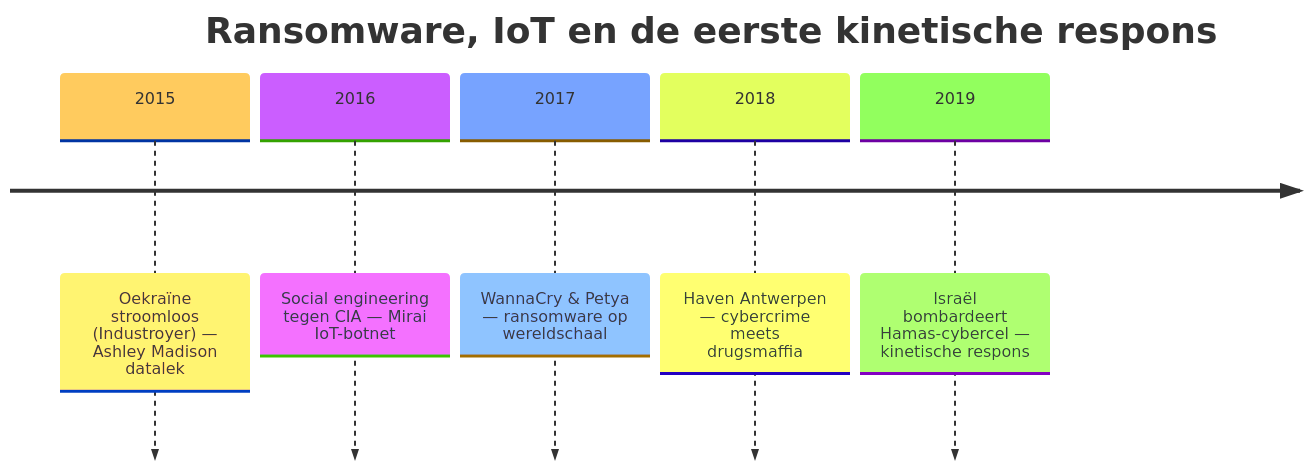
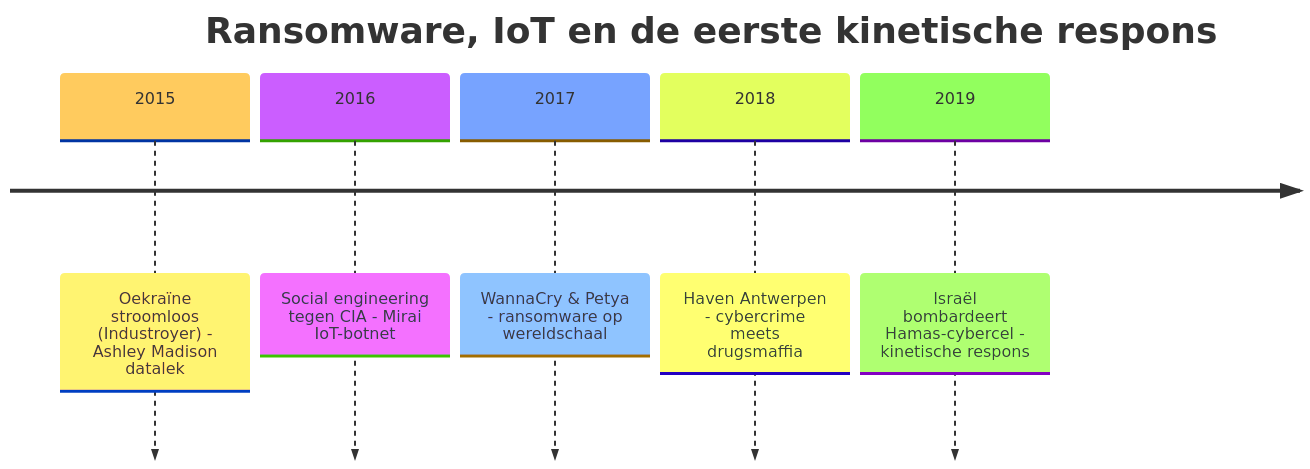
One commit to timdams/cyberboswachters_boek changed the second of 7 diagrams in cyberboswachters/slides/wordtheterger.qmd. Above: the diagram before and after it, drawn with Mermaid. The commit also changed other lines of this file and 20 other files, not shown here.

````diff
--- a/cyberboswachters/slides/wordtheterger.qmd
+++ b/cyberboswachters/slides/wordtheterger.qmd
@@ -55,10 +55,10 @@
 ```{mermaid}
 %%{init: {"theme": "base", "timeline": {"useMaxWidth": true}} }%%
 timeline
     title Ransomware, IoT en de eerste kinetische respons
-    2015 : Oekraïne stroomloos (Industroyer) — Ashley Madison datalek
-    2016 : Social engineering tegen CIA — Mirai IoT-botnet
-    2017 : WannaCry & Petya — ransomware op wereldschaal
-    2018 : Haven Antwerpen — cybercrime meets drugsmaffia
-    2019 : Israël bombardeert Hamas-cybercel — kinetische respons
+    2015 : Oekraïne stroomloos (Industroyer) - Ashley Madison datalek
+    2016 : Social engineering tegen CIA - Mirai IoT-botnet
+    2017 : WannaCry & Petya - ransomware op wereldschaal
+    2018 : Haven Antwerpen - cybercrime meets drugsmaffia
+    2019 : Israël bombardeert Hamas-cybercel - kinetische respons
 ```
````
